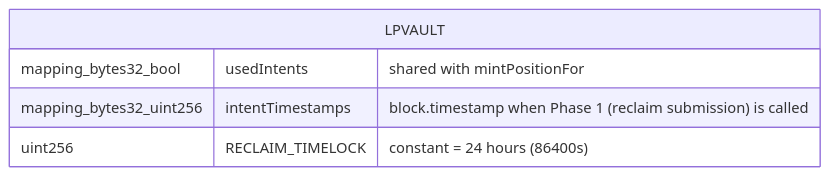
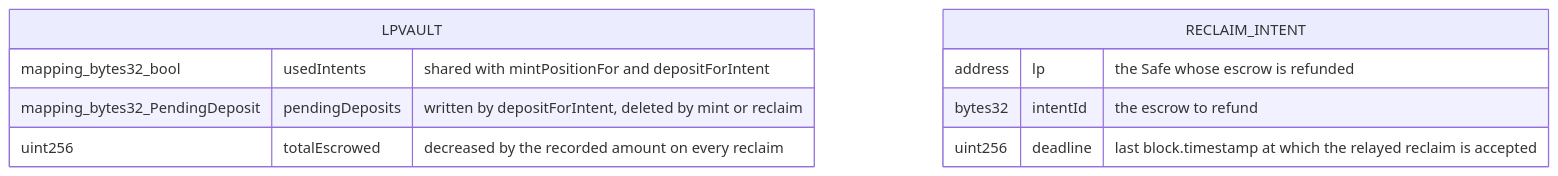
One commit to ProphetMarket/lp-vaults changed the third of 3 diagrams in specs/features/contracts/FEAT-JAIJ-lp-escape-hatch/ARCHITECTURE.md. Above: the diagram before and after it, drawn with Mermaid. The commit also changed other lines of this file and 38 other files, not shown here.

First line of the commit message:
spec (vault): Specify the per-intent escrow and Safe signatures

````diff
--- a/specs/features/contracts/FEAT-JAIJ-lp-escape-hatch/ARCHITECTURE.md
+++ b/specs/features/contracts/FEAT-JAIJ-lp-escape-hatch/ARCHITECTURE.md
@@ -42,8 +52,13 @@
 ```mermaid
 erDiagram
     LPVAULT {
-        mapping_bytes32_bool usedIntents "shared with mintPositionFor"
-        mapping_bytes32_uint256 intentTimestamps "block.timestamp when Phase 1 (reclaim submission) is called"
-        uint256 RECLAIM_TIMELOCK "constant = 24 hours (86400s)"
+        mapping_bytes32_bool usedIntents "shared with mintPositionFor and depositForIntent"
+        mapping_bytes32_PendingDeposit pendingDeposits "written by depositForIntent, deleted by mint or reclaim"
+        uint256 totalEscrowed "decreased by the recorded amount on every reclaim"
+    }
+    RECLAIM_INTENT {
+        address lp "the Safe whose escrow is refunded"
+        bytes32 intentId "the escrow to refund"
+        uint256 deadline "last block.timestamp at which the relayed reclaim is accepted"
     }
 ```
````
